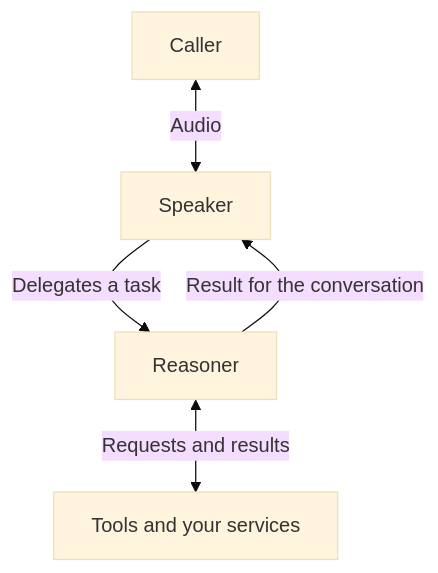
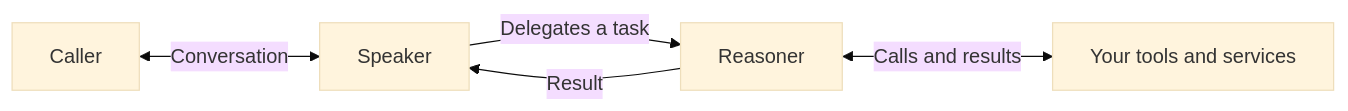
Before and after one commit to VapiAI/docs: the diagram in fern/gpt-live/overview.mdx, drawn with Mermaid (base theme). The commit also changed other lines of this file and 13 other files, not shown here.

````diff
--- a/fern/gpt-live/overview.mdx
+++ b/fern/gpt-live/overview.mdx
@@ -36,7 +47,7 @@
 ```mermaid
-flowchart TD
-  C[Caller] <-->|Audio| S[Speaker]
+flowchart LR
+  C[Caller] <-->|Conversation| S[Speaker]
   S -->|Delegates a task| R[Reasoner]
-  R <-->|Requests and results| T[Tools and your services]
-  R -->|Result for the conversation| S
+  R <-->|Calls and results| T[Your tools and services]
+  R -->|Result| S
 ```
````
